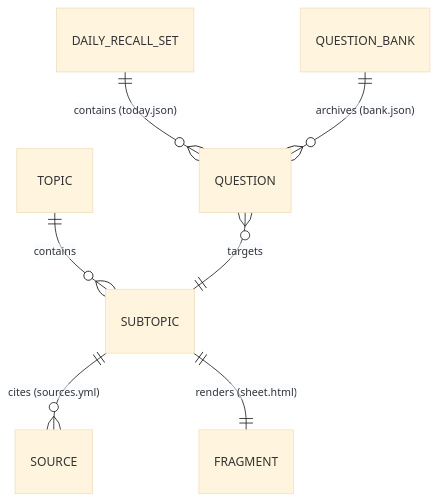
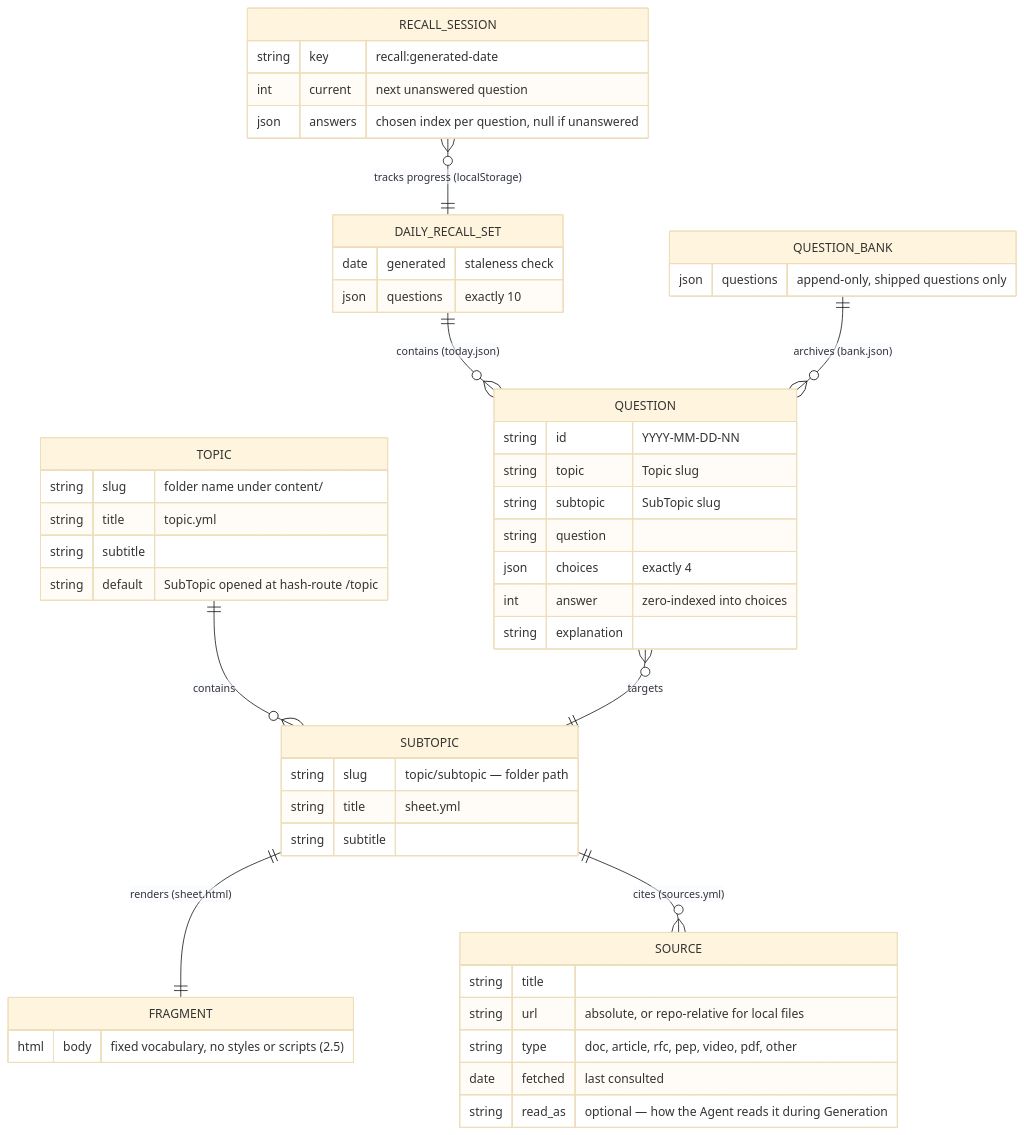
One commit to Povaz/cheatsheets changed the second of 6 diagrams in docs/hldd/hldd.md. Above: the diagram before and after it, drawn with Mermaid (base theme). The commit also changed other lines of this file and 12 other files, not shown here.

````diff
--- a/docs/hldd/hldd.md
+++ b/docs/hldd/hldd.md
@@ -158,9 +89,53 @@
 ```mermaid
 erDiagram
     TOPIC ||--o{ SUBTOPIC : contains
+    SUBTOPIC ||--|| FRAGMENT : "renders (sheet.html)"
     SUBTOPIC ||--o{ SOURCE : "cites (sources.yml)"
-    SUBTOPIC ||--|| FRAGMENT : "renders (sheet.html)"
     DAILY_RECALL_SET ||--o{ QUESTION : "contains (today.json)"
     QUESTION_BANK ||--o{ QUESTION : "archives (bank.json)"
-    QUESTION }o--|| SUBTOPIC : "targets"
+    QUESTION }o--|| SUBTOPIC : targets
+    RECALL_SESSION }o--|| DAILY_RECALL_SET : "tracks progress (localStorage)"
+
+    TOPIC {
+        string slug "folder name under content/"
+        string title "topic.yml"
+        string subtitle
+        string default "SubTopic opened at hash-route /topic"
+    }
+    SUBTOPIC {
+        string slug "topic/subtopic — folder path"
+        string title "sheet.yml"
+        string subtitle
+    }
+    FRAGMENT {
+        html body "fixed vocabulary, no styles or scripts (2.5)"
+    }
+    SOURCE {
+        string title
+        string url "absolute, or repo-relative for local files"
+        string type "doc, article, rfc, pep, video, pdf, other"
+        date fetched "last consulted"
+        string read_as "optional — how the Agent reads it during Generation"
+    }
+    DAILY_RECALL_SET {
+        date generated "staleness check"
+        json questions "exactly 10"
+    }
+    QUESTION {
+        string id "YYYY-MM-DD-NN"
+        string topic "Topic slug"
+        string subtopic "SubTopic slug"
+        string question
+        json choices "exactly 4"
+        int answer "zero-indexed into choices"
+        string explanation
+    }
+    QUESTION_BANK {
+        json questions "append-only, shipped questions only"
+    }
+    RECALL_SESSION {
+        string key "recall:generated-date"
+        int current "next unanswered question"
+        json answers "chosen index per question, null if unanswered"
+    }
 ```
````
